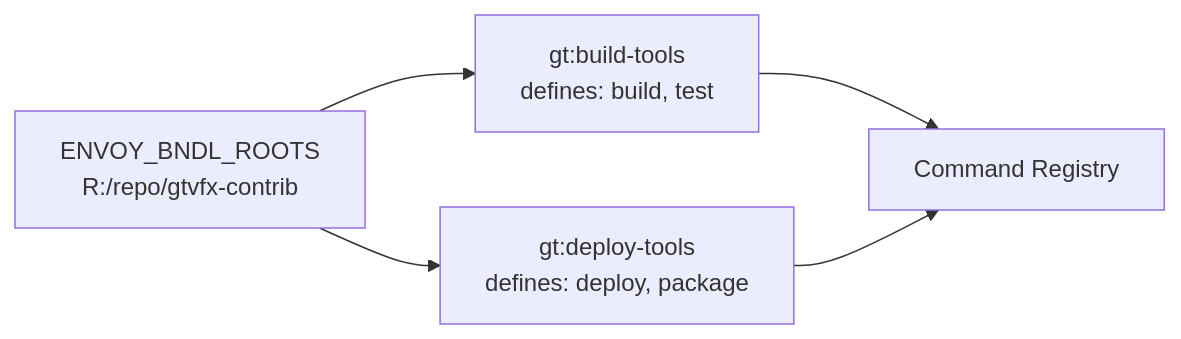
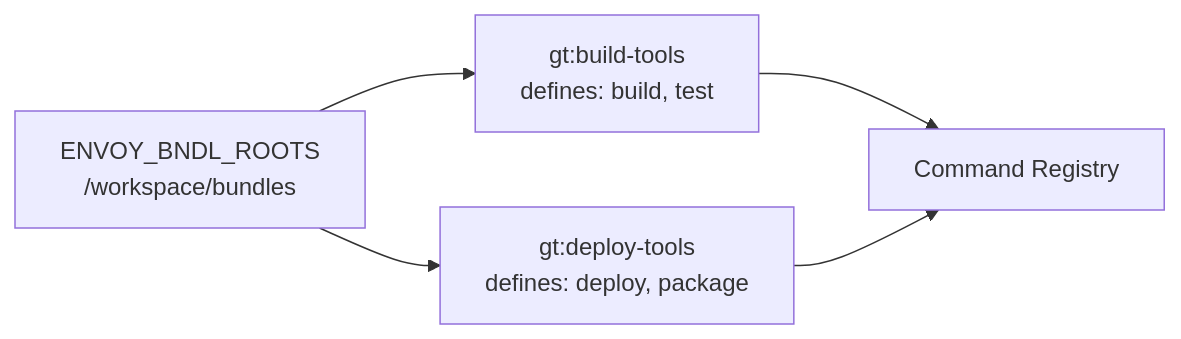
One commit to gtvfx-contrib/gt-envoy changed the first of 2 diagrams in docs/examples.md. Above: the diagram before and after it, drawn with Mermaid. The commit also changed other lines of this file and 38 other files, not shown here.

````diff
--- a/docs/examples.md
+++ b/docs/examples.md
@@ -64,10 +95,10 @@
 ```mermaid
 flowchart LR
-    ROOT["ENVOY_BNDL_ROOTS\nR:/repo/gtvfx-contrib"]
+    ROOT["ENVOY_BNDL_ROOTS\n/workspace/bundles"]
     A["gt:build-tools\ndefines: build, test"]
     B["gt:deploy-tools\ndefines: deploy, package"]
     REG["Command Registry"]
 
     ROOT --> A --> REG
     ROOT --> B --> REG
 ```
````
